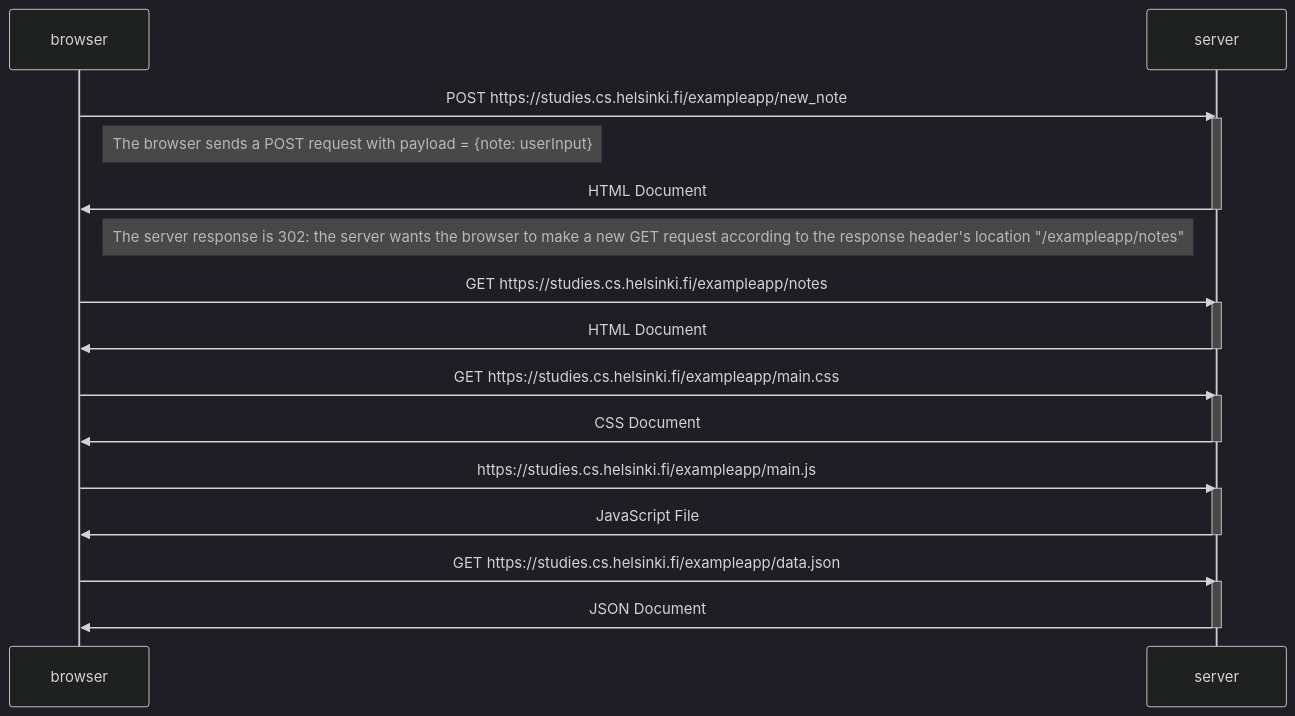
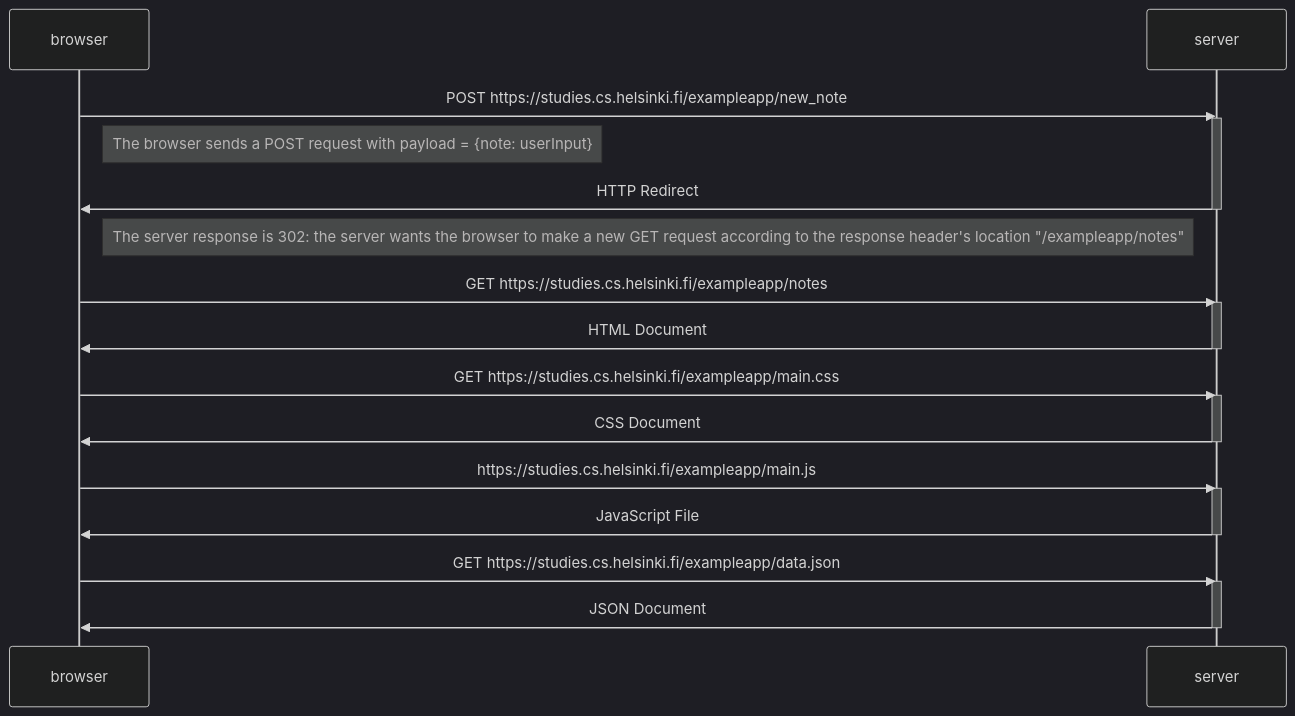
One commit to gionti97/fullstackopen changed the diagram in part0/exercise0.4.md. Above: the diagram before and after it, drawn with Mermaid (dark theme). The commit also changed 1 other file, not shown here.

Commit message:
Corrected exercise 0.4 and uploaded exercise 0.5.

````diff
--- a/part0/exercise0.4.md
+++ b/part0/exercise0.4.md
@@ -5,32 +5,32 @@
 ```mermaid
 sequenceDiagram
     participant browser
     participant server
 
     browser->>server: POST https://studies.cs.helsinki.fi/exampleapp/new_note
     activate server
     Note right of browser: The browser sends a POST request with payload = {note: userInput}
-    server->>browser: HTML Document
+    server->>browser: HTTP Redirect
     deactivate server
     Note left of server: The server response is 302: the server wants the browser to make a new GET request according to the response header's location "/exampleapp/notes"
 
     browser->>server: GET https://studies.cs.helsinki.fi/exampleapp/notes
     activate server
     server->>browser: HTML Document
     deactivate server
 
     browser->>server: GET https://studies.cs.helsinki.fi/exampleapp/main.css
     activate server
     server->>browser: CSS Document
     deactivate server
 
     browser->>server: https://studies.cs.helsinki.fi/exampleapp/main.js
     activate server
     server->>browser: JavaScript File
     deactivate server
 
     browser->>server: GET https://studies.cs.helsinki.fi/exampleapp/data.json
     activate server
     server->>browser: JSON Document
     deactivate server
 ```
````
